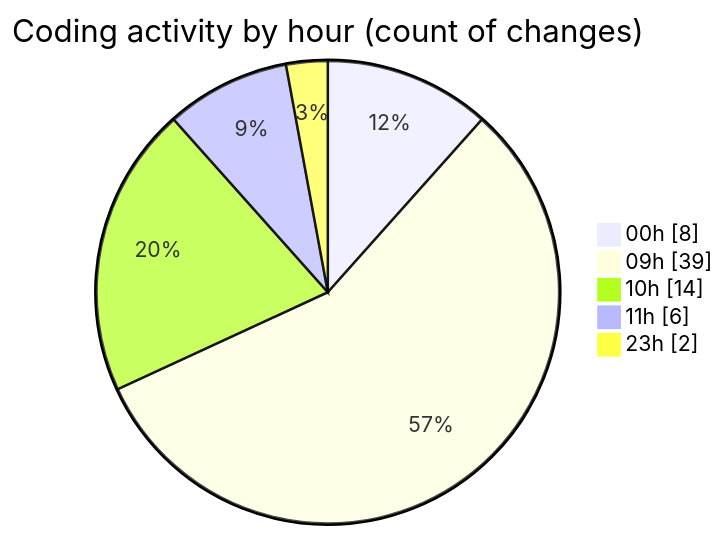
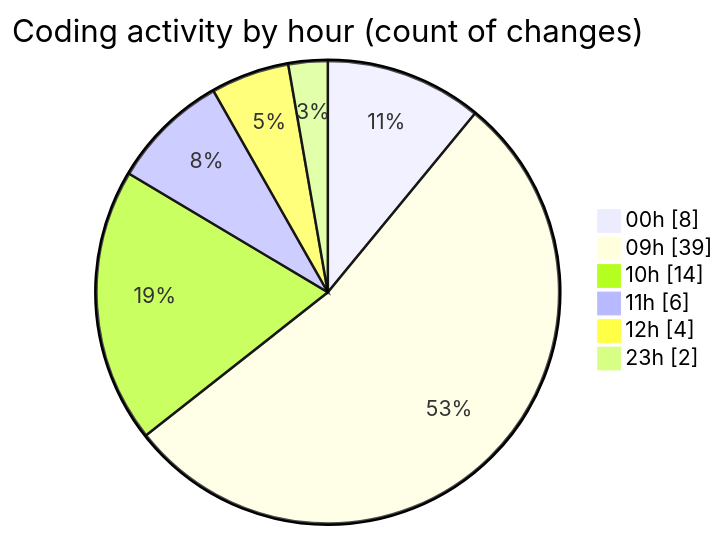
Before and after one commit to momahboobian/code-tracking: the second of 2 diagrams in 2025-12-18/cda/README.md, drawn with Mermaid. The commit also changed other lines of this file and 1 other file, not shown here.

````diff
--- a/2025-12-18/cda/README.md
+++ b/2025-12-18/cda/README.md
@@ -56,9 +56,10 @@
 ```mermaid
 pie showData
 title Coding activity by hour (count of changes)
 "00h" : 8
 "09h" : 39
 "10h" : 14
 "11h" : 6
+"12h" : 4
 "23h" : 2
 ```
````
